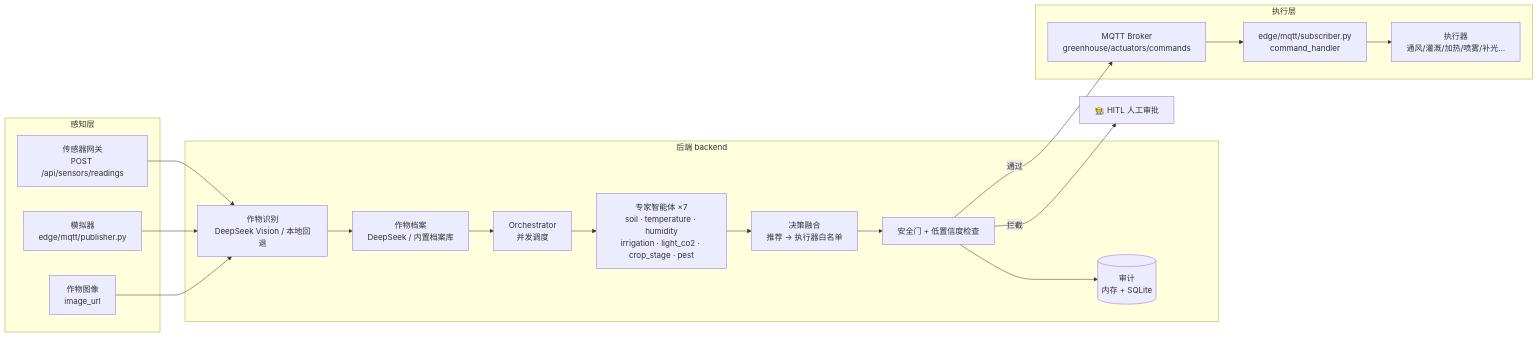
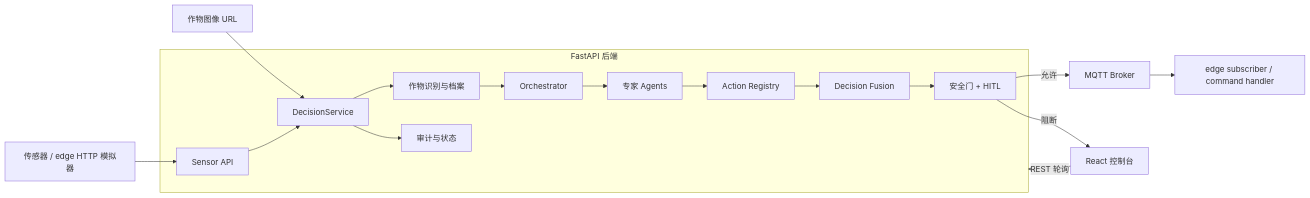
The diagram in README.md (Yasen027/Multi-Agent-Greenhouse-Cultivation-System), drawn with Mermaid before and after one commit. The commit also changed other lines of this file and 10 other files, not shown here.

````diff
--- a/README.md
+++ b/README.md
@@ -24,29 +39,30 @@
 ```mermaid
 flowchart LR
-    subgraph P[感知层]
-        S1[传感器网关<br/>POST /api/sensors/readings]
-        S2[模拟器<br/>edge/mqtt/publisher.py]
-        S3[作物图像<br/>image_url]
+    SENSOR[传感器 / edge HTTP 模拟器]
+    IMAGE[作物图像 URL]
+
+    subgraph API[FastAPI 后端]
+        INGEST[Sensor API]
+        SERVICE[DecisionService]
+        IDENTIFY[作物识别与档案]
+        ORCH[Orchestrator]
+        AGENTS[专家 Agents]
+        REGISTRY[Action Registry]
+        FUSION[Decision Fusion]
+        SAFETY[安全门 + HITL]
+        AUDIT[审计与状态]
     end
 
-    subgraph B[后端 backend]
-        ID[作物识别<br/>DeepSeek Vision / 本地回退]
-        PR[作物档案<br/>DeepSeek / 内置档案库]
-        OR[Orchestrator<br/>并发调度]
-        AG[专家智能体 ×7<br/>soil · temperature · humidity<br/>irrigation · light_co2 · crop_stage · pest]
-        FU[决策融合<br/>推荐 → 执行器白名单]
-        SG[安全门 + 低置信度检查]
-        AU[(审计<br/>内存 + SQLite)]
-    end
+    MQTT[MQTT Broker]
+    EDGE[edge subscriber / command handler]
+    UI[React 控制台]
 
-    subgraph E[执行层]
-        MQ[MQTT Broker<br/>greenhouse/actuators/commands]
-        ED[edge/mqtt/subscriber.py<br/>command_handler]
-        HW[执行器<br/>通风/灌溉/加热/喷雾/补光…]
-    end
-
-    S1 & S2 & S3 --> ID --> PR --> OR --> AG --> FU --> SG
-    SG -->|通过| MQ --> ED --> HW
-    SG -->|拦截| HITL[🧑‍🌾 HITL 人工审批]
-    SG --> AU
+    SENSOR --> INGEST
+    IMAGE --> SERVICE
+    INGEST --> SERVICE
+    SERVICE --> IDENTIFY --> ORCH --> AGENTS --> REGISTRY --> FUSION --> SAFETY
+    SAFETY -->|允许| MQTT --> EDGE
+    SAFETY -->|阻断| UI
+    SERVICE --> AUDIT
+    UI -->|REST 轮询| API
 ```
````
